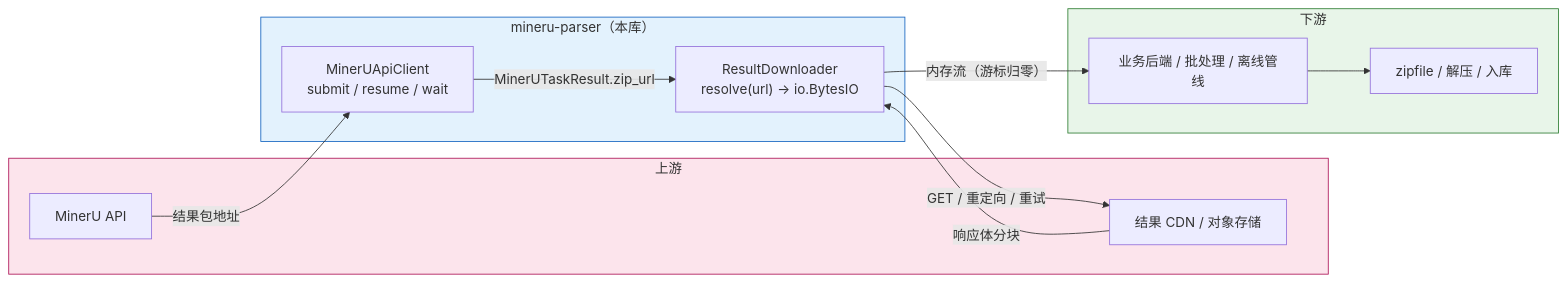
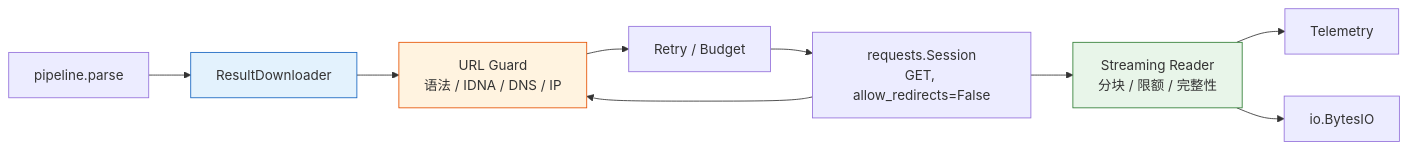
One commit to dream-365/mineru-parser changed the second of 3 diagrams in docs/specs/SPEC-002-result-downloader/spec.md. Above: the diagram before and after it, drawn with Mermaid. The commit also changed other lines of this file and 3 other files, not shown here.

````diff
--- a/docs/specs/SPEC-002-result-downloader/spec.md
+++ b/docs/specs/SPEC-002-result-downloader/spec.md
@@ -30,28 +119,15 @@
 ```mermaid
 flowchart LR
-    subgraph UPSTREAM["上游"]
-        API["MinerU API"]
-        CDN["结果 CDN / 对象存储"]
-    end
+    PIPE["pipeline.parse"] --> DL["ResultDownloader"]
+    DL --> GUARD["URL Guard<br/>语法 / IDNA / DNS / IP"]
+    GUARD --> RETRY["Retry / Budget"]
+    RETRY --> HTTP["requests.Session<br/>GET, allow_redirects=False"]
+    HTTP --> GUARD
+    HTTP --> BODY["Streaming Reader<br/>分块 / 限额 / 完整性"]
+    BODY --> TEL["Telemetry"]
+    BODY --> OUT["io.BytesIO"]
 
-    subgraph LIB["mineru-parser（本库）"]
-        CLIENT["MinerUApiClient<br/>submit / resume / wait"]
-        DL["ResultDownloader<br/>resolve(url) → io.BytesIO"]
-    end
-
-    subgraph DOWNSTREAM["下游"]
-        BIZ["业务后端 / 批处理 / 离线管线"]
-        UNZIP["zipfile / 解压 / 入库"]
-    end
-
-    API -- "结果包地址" --> CLIENT
-    CLIENT -- "MinerUTaskResult.zip_url" --> DL
-    DL -- "GET / 重定向 / 重试" --> CDN
-    CDN -- "响应体分块" --> DL
-    DL -- "内存流（游标归零）" --> BIZ
-    BIZ --> UNZIP
-
-    style UPSTREAM fill:#fce4ec,stroke:#ad1457,stroke-width:1px
-    style LIB fill:#e3f2fd,stroke:#1565c0,stroke-width:1px
-    style DOWNSTREAM fill:#e8f5e9,stroke:#2e7d32,stroke-width:1px
+    style DL fill:#e3f2fd,stroke:#1565c0,stroke-width:1px
+    style GUARD fill:#fff3e0,stroke:#e65100,stroke-width:1px
+    style BODY fill:#e8f5e9,stroke:#2e7d32,stroke-width:1px
 ```
````
